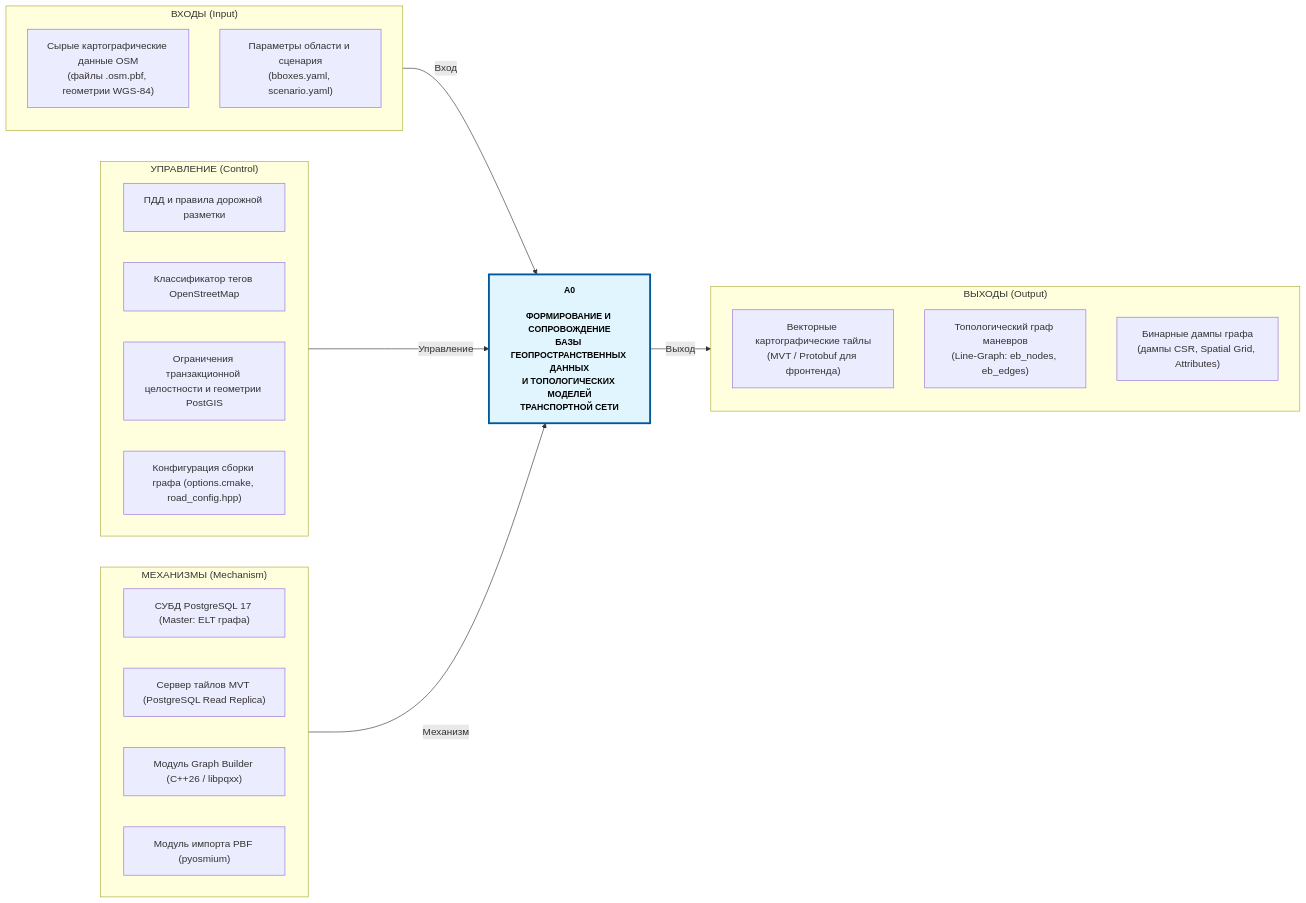
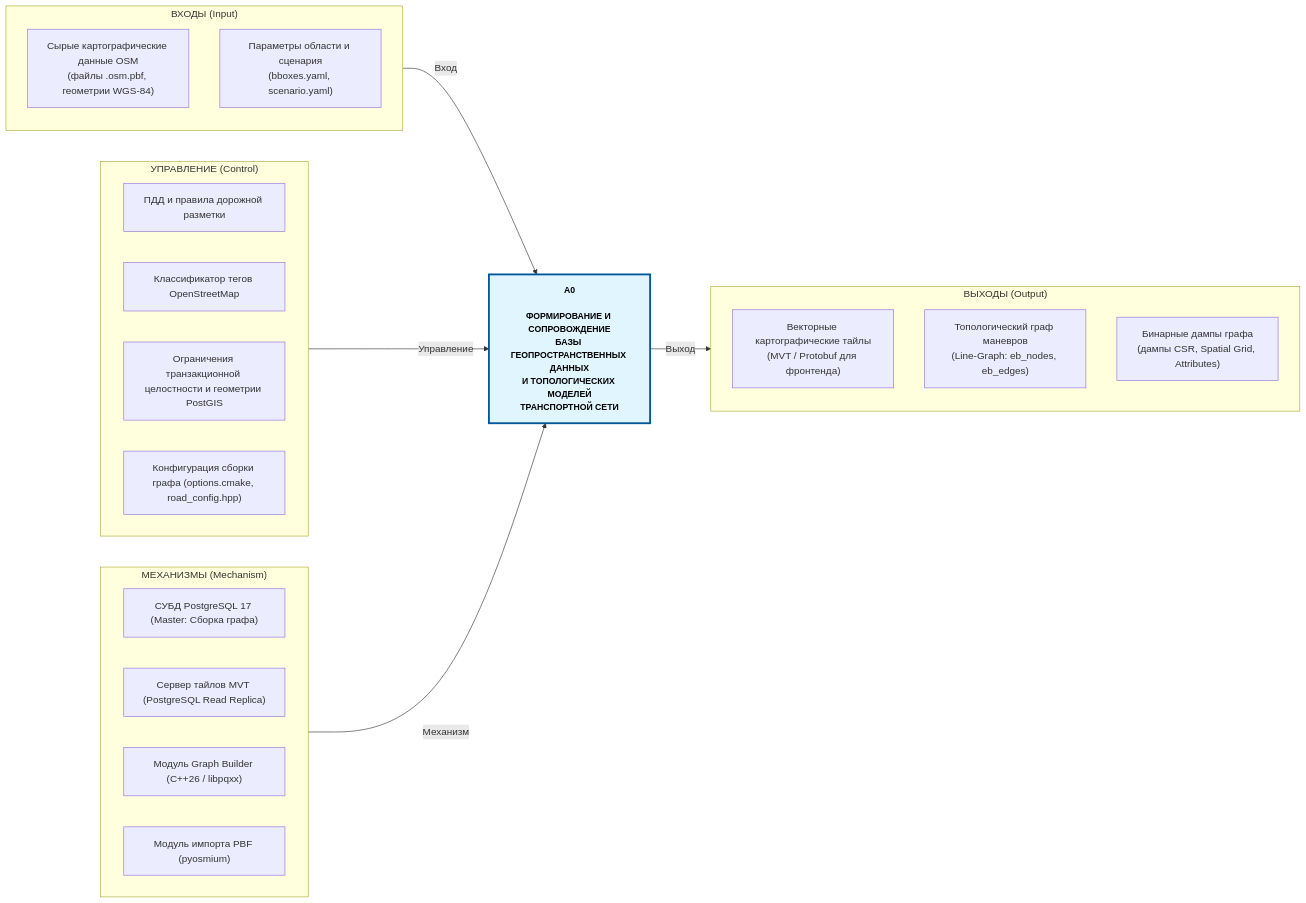
The diagram in assets/diagrams/01-idef0-a0.mmd (L1CH7/magistracy-diplom-iu12-docs), drawn with Mermaid before and after one commit. The commit also changed 10 other files, not shown here.

```diff
--- a/assets/diagrams/01-idef0-a0.mmd
+++ b/assets/diagrams/01-idef0-a0.mmd
@@ -1,45 +1,45 @@
 flowchart LR
     %% =========================================================================
     %% IDEF0: Контекстная диаграмма A0
     %% Система: Формирование и сопровождение базы геоданных и топологии графа
     %% =========================================================================
 
     subgraph Inputs["ВХОДЫ (Input)"]
         direction TB
         I1["Сырые картографические данные OSM<br/>(файлы .osm.pbf, геометрии WGS-84)"]
         I2["Параметры области и сценария<br/>(bboxes.yaml, scenario.yaml)"]
     end
 
     subgraph Controls["УПРАВЛЕНИЕ (Control)"]
         direction LR
         C1["ПДД и правила дорожной разметки"]
         C2["Классификатор тегов OpenStreetMap"]
         C3["Ограничения транзакционной целостности и геометрии PostGIS"]
         C4["Конфигурация сборки графа (options.cmake, road_config.hpp)"]
     end
 
     subgraph Mechanisms["МЕХАНИЗМЫ (Mechanism)"]
         direction LR
-        M1["СУБД PostgreSQL 17 (Master: ELT графа)"]
+        M1["СУБД PostgreSQL 17 (Master: Сборка графа)"]
         M2["Сервер тайлов MVT (PostgreSQL Read Replica)"]
         M3["Модуль Graph Builder (C++26 / libpqxx)"]
         M4["Модуль импорта PBF (pyosmium)"]
     end
 
     subgraph Outputs["ВЫХОДЫ (Output)"]
         direction TB
         O1["Векторные картографические тайлы<br/>(MVT / Protobuf для фронтенда)"]
         O2["Топологический граф маневров<br/>(Line-Graph: eb_nodes, eb_edges)"]
         O3["Бинарные дампы графа<br/>(дампы CSR, Spatial Grid, Attributes)"]
     end
 
     A0["<b>А0</b><br/><br/><b>ФОРМИРОВАНИЕ И СОПРОВОЖДЕНИЕ<br/>БАЗЫ ГЕОПРОСТРАНСТВЕННЫХ ДАННЫХ<br/>И ТОПОЛОГИЧЕСКИХ МОДЕЛЕЙ<br/>ТРАНСПОРТНОЙ СЕТИ</b>"]:::processBlock
 
     %% Связи ICOM
     Inputs -->|Вход| A0
     Controls -->|Управление| A0
     Mechanisms -->|Механизм| A0
     A0 -->|Выход| Outputs
 
     classDef processBlock fill:#e1f5fe,stroke:#01579b,stroke-width:3px,color:#000,font-size:14px;
     classDef default font-family:sans-serif;
```
